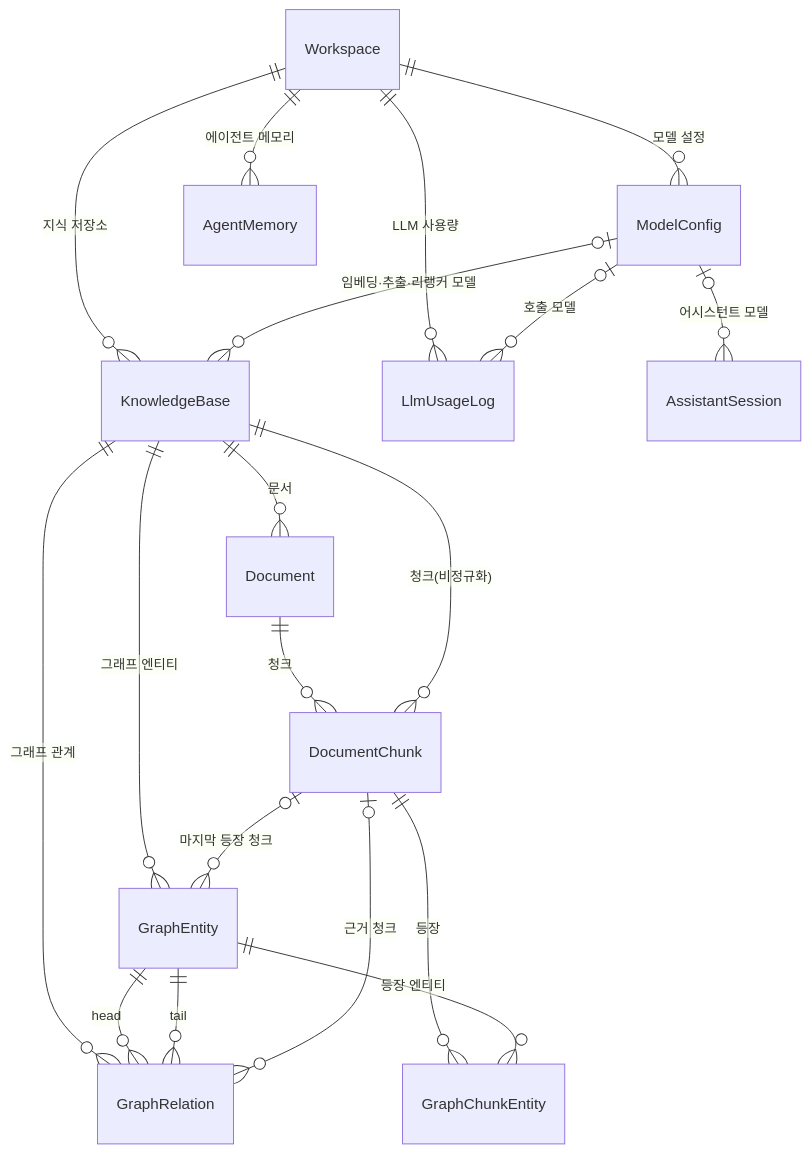
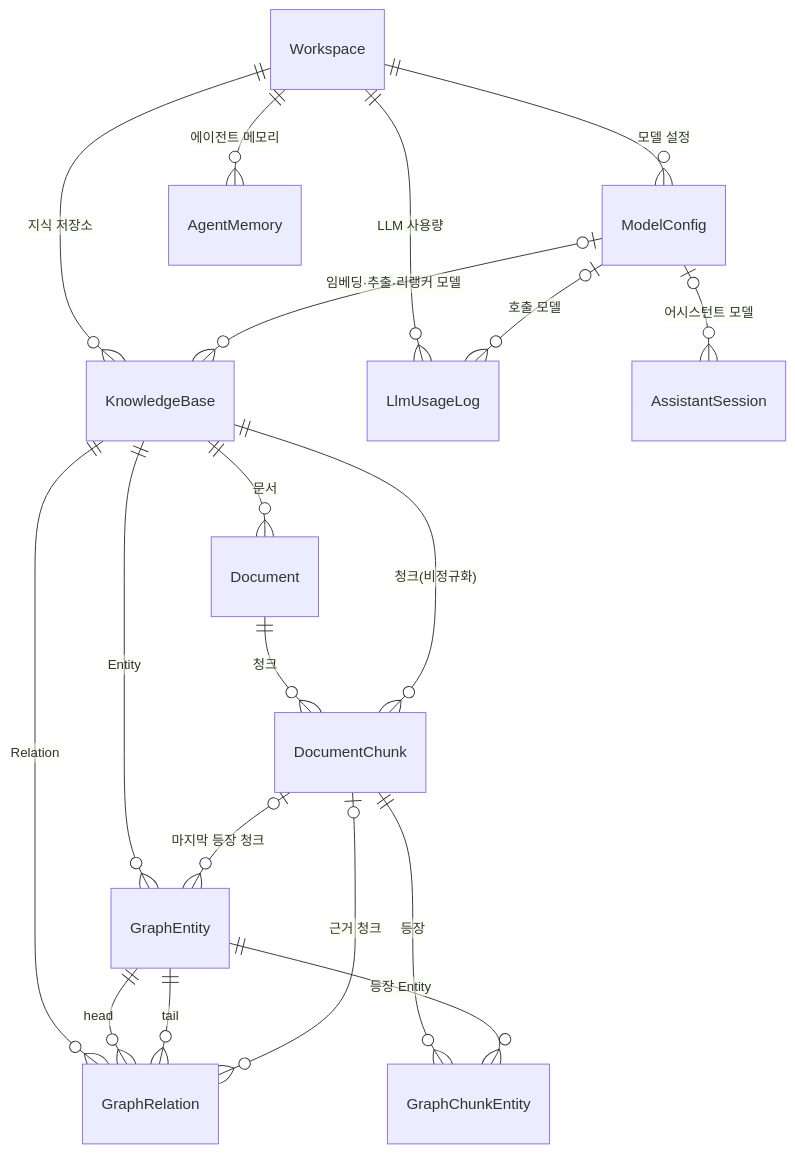
The fourth of 4 diagrams in spec/CLE-PLAT/CLE-PLAT-DATA.md (worker-ants/clemvion), drawn with Mermaid before and after one commit. The commit also changed other lines of this file and 219 other files, not shown here.

````diff
--- a/spec/CLE-PLAT/CLE-PLAT-DATA.md
+++ b/spec/CLE-PLAT/CLE-PLAT-DATA.md
@@ -107,21 +107,21 @@
 ```mermaid
 erDiagram
   Workspace ||--o{ KnowledgeBase : "지식 저장소"
   KnowledgeBase ||--o{ Document : "문서"
   Document ||--o{ DocumentChunk : "청크"
   KnowledgeBase ||--o{ DocumentChunk : "청크(비정규화)"
-  KnowledgeBase ||--o{ GraphEntity : "그래프 엔티티"
-  KnowledgeBase ||--o{ GraphRelation : "그래프 관계"
+  KnowledgeBase ||--o{ GraphEntity : "Entity"
+  KnowledgeBase ||--o{ GraphRelation : "Relation"
   GraphEntity ||--o{ GraphRelation : "head"
   GraphEntity ||--o{ GraphRelation : "tail"
   DocumentChunk |o--o{ GraphEntity : "마지막 등장 청크"
   DocumentChunk |o--o{ GraphRelation : "근거 청크"
   DocumentChunk ||--o{ GraphChunkEntity : "등장"
-  GraphEntity ||--o{ GraphChunkEntity : "등장 엔티티"
+  GraphEntity ||--o{ GraphChunkEntity : "등장 Entity"
   Workspace ||--o{ ModelConfig : "모델 설정"
   ModelConfig |o--o{ KnowledgeBase : "임베딩·추출·리랭커 모델"
   Workspace ||--o{ LlmUsageLog : "LLM 사용량"
   ModelConfig |o--o{ LlmUsageLog : "호출 모델"
   ModelConfig |o--o{ AssistantSession : "어시스턴트 모델"
   Workspace ||--o{ AgentMemory : "에이전트 메모리"
 ```
````
